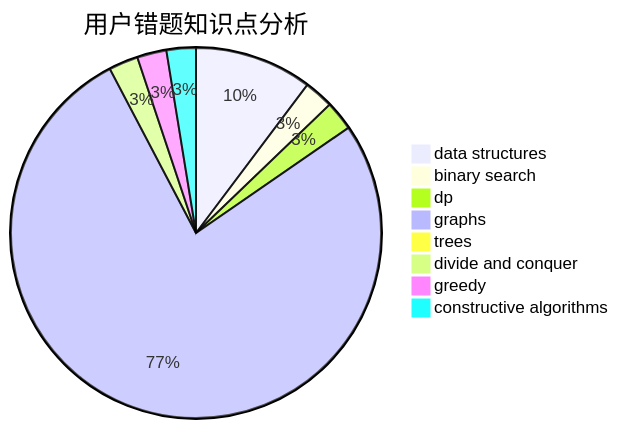
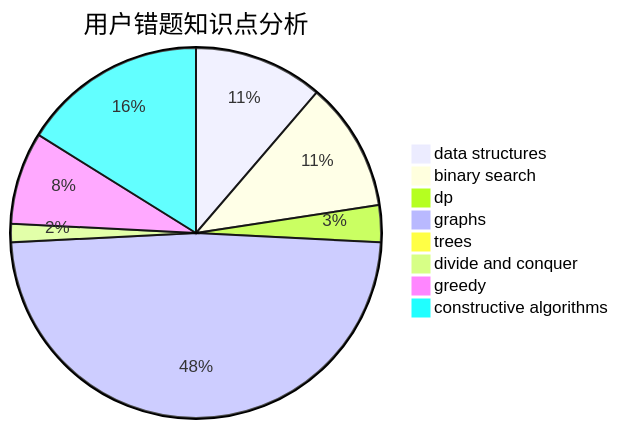
Before and after one commit to sherpahu/cfrs.github.io: the third of 3 diagrams in docs/user/u1604.md, drawn with Mermaid. The commit also changed other lines of this file and 2770 other files, not shown here.

````diff
--- a/docs/user/u1604.md
+++ b/docs/user/u1604.md
@@ -36,11 +36,11 @@
 ```mermaid
 pie title 用户错题知识点分析
-    "data structures" :  4
-    "binary search" :  1
-    "dp" :  1
+    "data structures" :  7
+    "binary search" :  7
+    "dp" :  2
     "graphs" :  30
     "trees" :  0
     "divide and conquer" :  1
-    "greedy" :  1
-    "constructive algorithms" :  1
+    "greedy" :  5
+    "constructive algorithms" :  10
 ```
````
